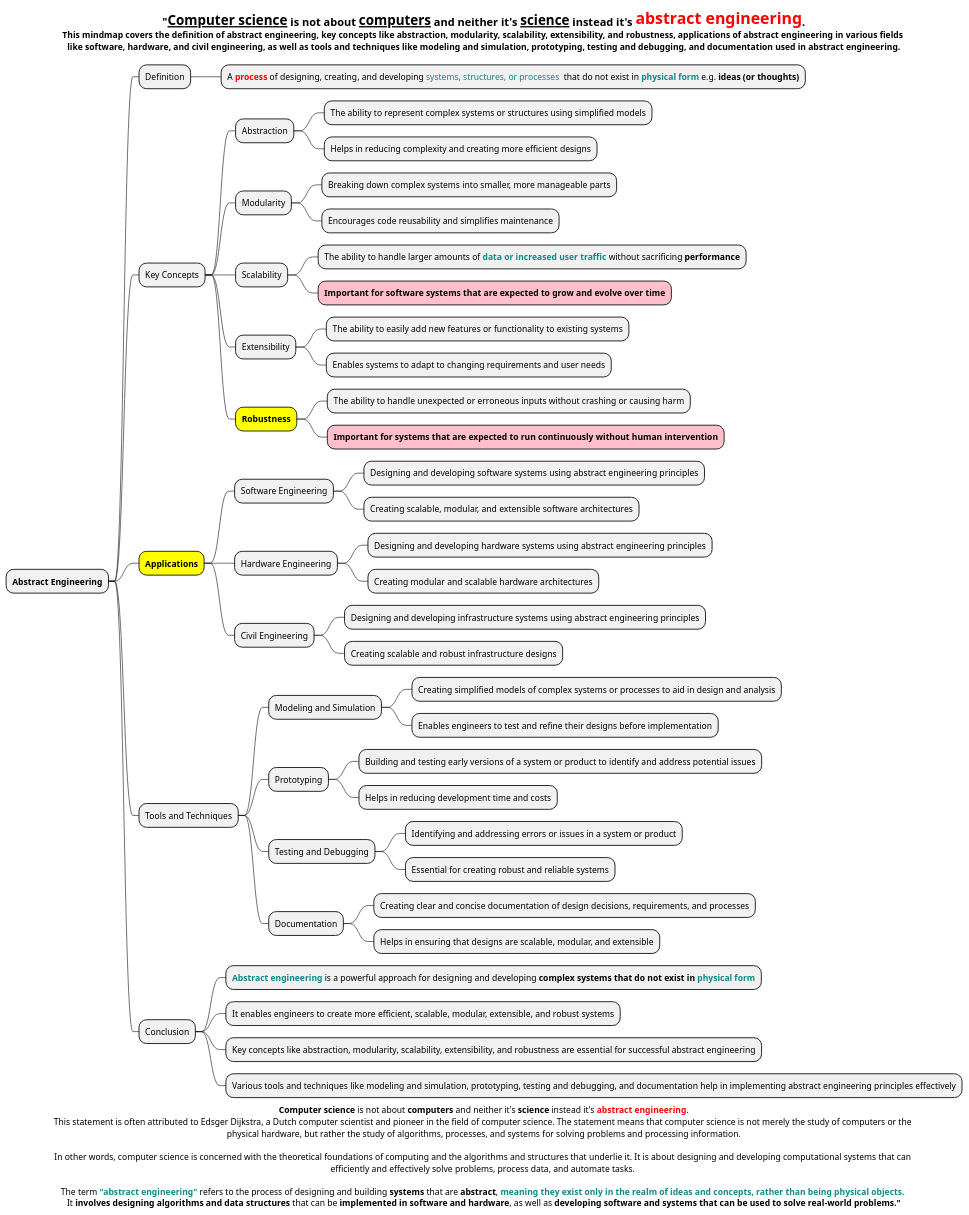
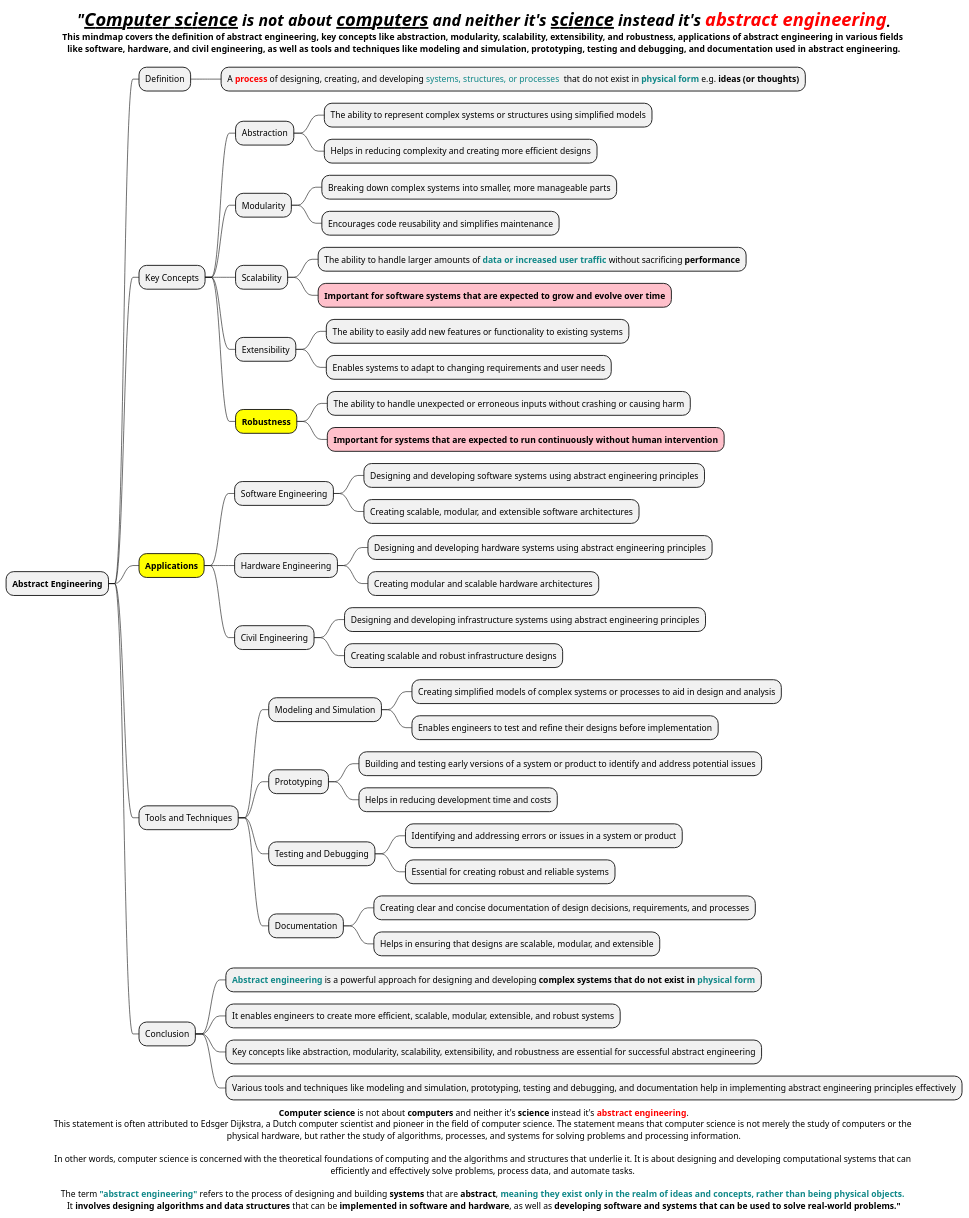
The diagram in docs/Requirement-Engineering/Abstract-Engineering.puml (MehmoodHashmi/Documentation-as-Code-DaC), drawn with PlantUML before and after one commit. The commit also changed 2 other files, not shown here.

```diff
--- a/docs/Requirement-Engineering/Abstract-Engineering.puml
+++ b/docs/Requirement-Engineering/Abstract-Engineering.puml
@@ -1,54 +1,54 @@
 @startmindmap
 
-title = "__Computer science__ is not about __computers__ and neither it's __science__ instead it's <color #red>**abstract engineering**</color>. \nThis mindmap covers the definition of abstract engineering, key concepts like abstraction, modularity, scalability, extensibility, and robustness, applications of abstract engineering in various fields \nlike software, hardware, and civil engineering, as well as tools and techniques like modeling and simulation, prototyping, testing and debugging, and documentation used in abstract engineering.
+title = //**"__Computer science__ is not about __computers__ and neither it's __science__ instead it's **<color #red>**abstract engineering**</color>.// \nThis mindmap covers the definition of abstract engineering, key concepts like abstraction, modularity, scalability, extensibility, and robustness, applications of abstract engineering in various fields \nlike software, hardware, and civil engineering, as well as tools and techniques like modeling and simulation, prototyping, testing and debugging, and documentation used in abstract engineering.
 caption **Computer science** is not about **computers** and neither it's **science** instead it's <color #red>**abstract engineering**</color>.\nThis statement is often attributed to Edsger Dijkstra, a Dutch computer scientist and pioneer in the field of computer science. The statement means that computer science is not merely the study of computers or the \nphysical hardware, but rather the study of algorithms, processes, and systems for solving problems and processing information.\n\nIn other words, computer science is concerned with the theoretical foundations of computing and the algorithms and structures that underlie it. It is about designing and developing computational systems that can \nefficiently and effectively solve problems, process data, and automate tasks. \n\nThe term <color #118888>**"abstract engineering"**</color> refers to the process of designing and building **systems** that are **abstract**, <color #118888>**meaning they exist only in the realm of ideas and concepts, rather than being physical objects.**</color> \nIt **involves designing algorithms and data structures** that can be **implemented in software and hardware**, as well as **developing software and systems that can be used to solve real-world problems."**
 
 
 * **Abstract Engineering**
 ** Definition
 *** A <color #red>**process**</color> of designing, creating, and developing <color #118888>systems, structures, or processes</color>  that do not exist in <color #118888>**physical form**</color> e.g. **ideas (or thoughts)**
 ** Key Concepts
 *** Abstraction
 **** The ability to represent complex systems or structures using simplified models
 **** Helps in reducing complexity and creating more efficient designs
 *** Modularity
 **** Breaking down complex systems into smaller, more manageable parts
 **** Encourages code reusability and simplifies maintenance
 *** Scalability
 **** The ability to handle larger amounts of <color #118888>**data or increased user traffic**</color> without sacrificing **performance**
 ****[#pink] **Important for software systems that are expected to grow and evolve over time**
 *** Extensibility
 **** The ability to easily add new features or functionality to existing systems
 **** Enables systems to adapt to changing requirements and user needs
 ***[#yellow] **Robustness**
 **** The ability to handle unexpected or erroneous inputs without crashing or causing harm
 ****[#pink] **Important for systems that are expected to run continuously without human intervention**
 **[#yellow] **Applications**
 *** Software Engineering
 **** Designing and developing software systems using abstract engineering principles
 **** Creating scalable, modular, and extensible software architectures
 *** Hardware Engineering
 **** Designing and developing hardware systems using abstract engineering principles
 **** Creating modular and scalable hardware architectures
 *** Civil Engineering
 **** Designing and developing infrastructure systems using abstract engineering principles
 **** Creating scalable and robust infrastructure designs
 ** Tools and Techniques
 *** Modeling and Simulation
 **** Creating simplified models of complex systems or processes to aid in design and analysis
 **** Enables engineers to test and refine their designs before implementation
 *** Prototyping
 **** Building and testing early versions of a system or product to identify and address potential issues
 **** Helps in reducing development time and costs
 *** Testing and Debugging
 **** Identifying and addressing errors or issues in a system or product
 **** Essential for creating robust and reliable systems
 *** Documentation
 **** Creating clear and concise documentation of design decisions, requirements, and processes
 **** Helps in ensuring that designs are scalable, modular, and extensible
 ** Conclusion
 *** <color #118888>**Abstract engineering**</color> is a powerful approach for designing and developing **complex systems that do not exist in** <color #118888>**physical form**</color>
 *** It enables engineers to create more efficient, scalable, modular, extensible, and robust systems
 *** Key concepts like abstraction, modularity, scalability, extensibility, and robustness are essential for successful abstract engineering
 *** Various tools and techniques like modeling and simulation, prototyping, testing and debugging, and documentation help in implementing abstract engineering principles effectively
 @endmindmap
```
